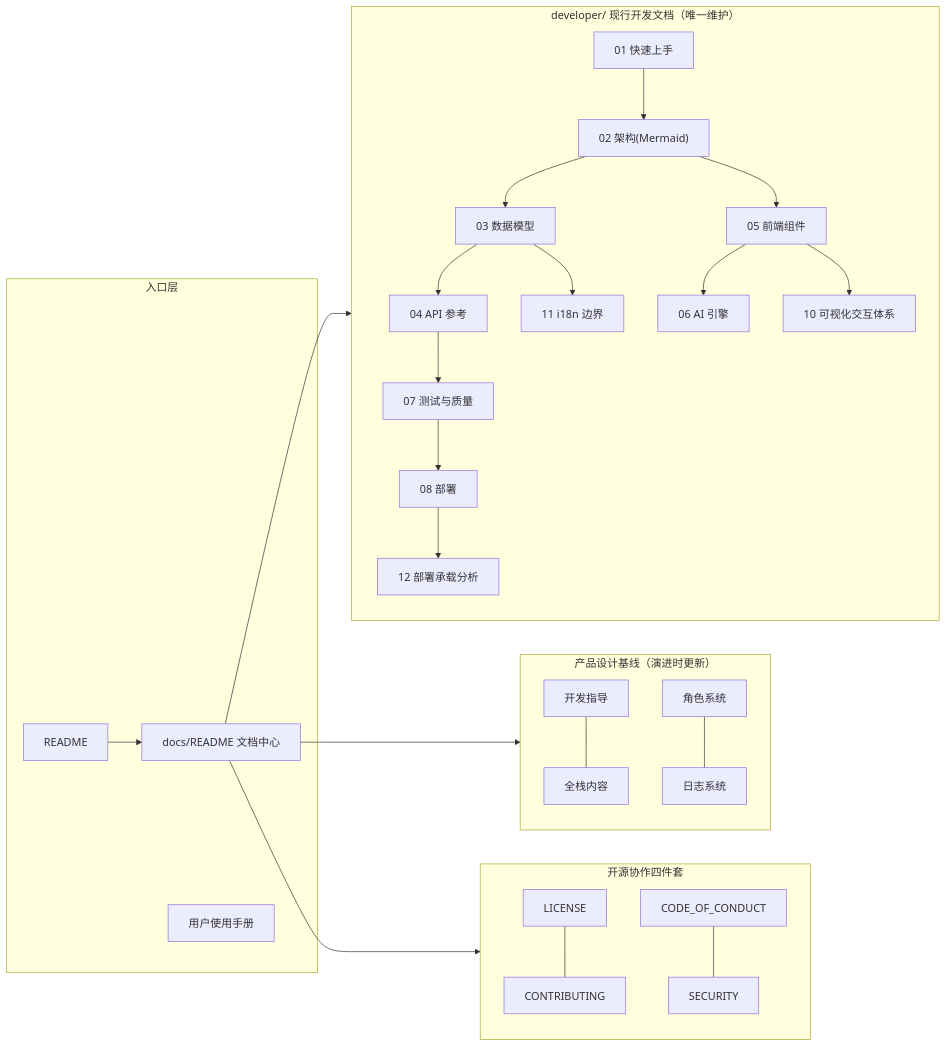
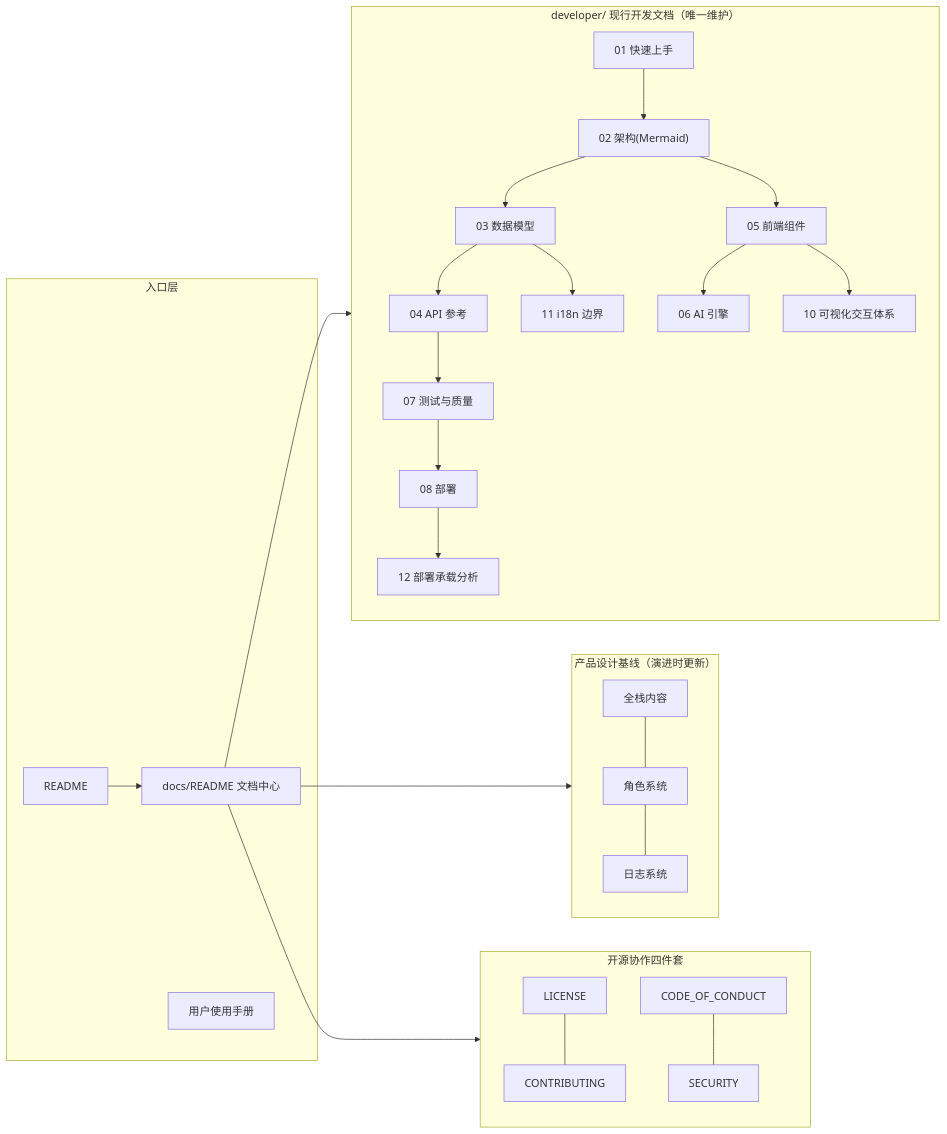
The diagram in README.md (YYC-Cube/YYC3-Baby-MoYu), drawn with Mermaid before and after one commit. The commit also changed other lines of this file and 18 other files, not shown here.

````diff
--- a/README.md
+++ b/README.md
@@ -206,25 +206,25 @@
 ```mermaid
 flowchart LR
     subgraph Entry["入口层"]
         R[README] --> DR[docs/README 文档中心]
         UM[用户使用手册]
     end
     subgraph Dev["developer/ 现行开发文档（唯一维护）"]
         A["01 快速上手"] --> B["02 架构(Mermaid)"]
         B --> C["03 数据模型"] --> D["04 API 参考"]
         B --> E["05 前端组件"] --> F["06 AI 引擎"]
         D --> G["07 测试与质量"] --> H["08 部署"]
         E --> V["10 可视化交互体系"]
         C --> I["11 i18n 边界"]
         H --> J["12 部署承载分析"]
     end
     subgraph Prod["产品设计基线（演进时更新）"]
-        P1["开发指导"] --- P2["全栈内容"]
-        P3["角色系统"] --- P4["日志系统"]
+        P2["全栈内容"] --- P3["角色系统"]
+        P3 --- P4["日志系统"]
     end
     subgraph Open["开源协作四件套"]
         L[LICENSE] --- CT[CONTRIBUTING]
         CC[CODE_OF_CONDUCT] --- S[SECURITY]
     end
     DR --> Dev & Prod & Open
 ```
````
